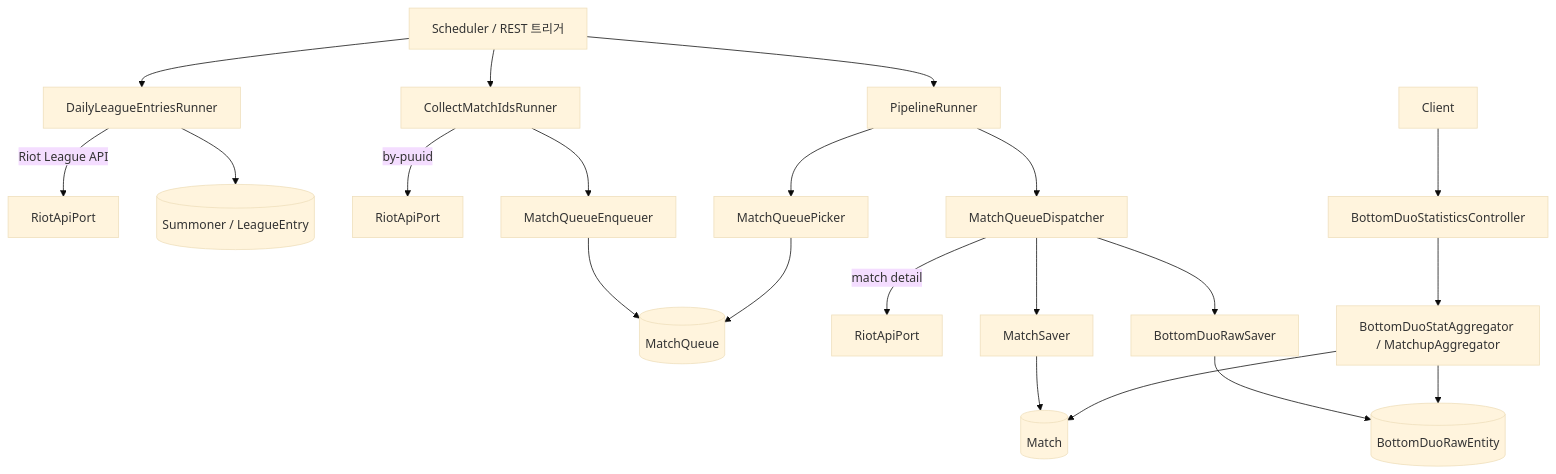
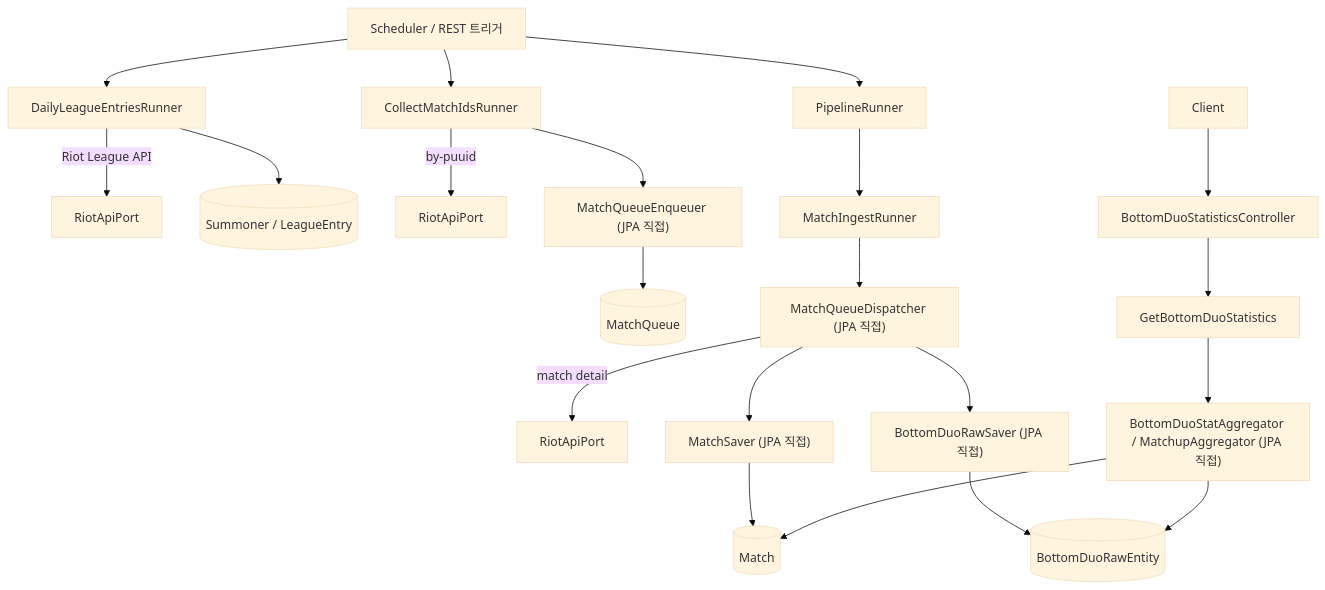
The second of 2 diagrams in docs/architecture.md (NamMinwu/BestDuo_BE), drawn with Mermaid (base theme) before and after one commit. The commit also changed other lines of this file and 2 other files, not shown here.

First line of the commit message:
docs: 3-layer 전환 5단계 — ADR-002 작성 + architecture.md 갱신

````diff
--- a/docs/architecture.md
+++ b/docs/architecture.md
@@ -56,28 +58,28 @@
 ```mermaid
 flowchart TD
   Scheduler["Scheduler / REST 트리거"]
 
   Scheduler --> DailyRunner["DailyLeagueEntriesRunner"]
   DailyRunner -->|Riot League API| RiotPort1["RiotApiPort"]
   DailyRunner --> SummonerDb[("Summoner / LeagueEntry")]
 
   Scheduler --> CollectRunner["CollectMatchIdsRunner"]
   CollectRunner -->|by-puuid| RiotPort2["RiotApiPort"]
-  CollectRunner --> Enqueuer["MatchQueueEnqueuer"]
+  CollectRunner --> Enqueuer["MatchQueueEnqueuer (JPA 직접)"]
   Enqueuer --> QueueDb[("MatchQueue")]
 
   Scheduler --> PipelineRunner["PipelineRunner"]
-  PipelineRunner --> Picker["MatchQueuePicker"]
-  Picker --> QueueDb
-  PipelineRunner --> Dispatcher["MatchQueueDispatcher"]
+  PipelineRunner --> MatchIngest["MatchIngestRunner"]
+  MatchIngest --> Dispatcher["MatchQueueDispatcher (JPA 직접)"]
   Dispatcher -->|match detail| RiotPort3["RiotApiPort"]
-  Dispatcher --> MatchSaver["MatchSaver"]
-  Dispatcher --> RawSaver["BottomDuoRawSaver"]
+  Dispatcher --> MatchSaver["MatchSaver (JPA 직접)"]
+  Dispatcher --> RawSaver["BottomDuoRawSaver (JPA 직접)"]
   MatchSaver --> MatchDb[("Match")]
   RawSaver --> RawDb[("BottomDuoRawEntity")]
 
   Client["Client"] --> StatsCtrl["BottomDuoStatisticsController"]
-  StatsCtrl --> Aggregator["BottomDuoStatAggregator / MatchupAggregator"]
+  StatsCtrl --> GetStats["GetBottomDuoStatistics"]
+  GetStats --> Aggregator["BottomDuoStatAggregator / MatchupAggregator (JPA 직접)"]
   Aggregator --> RawDb
   Aggregator --> MatchDb
 ```
````
